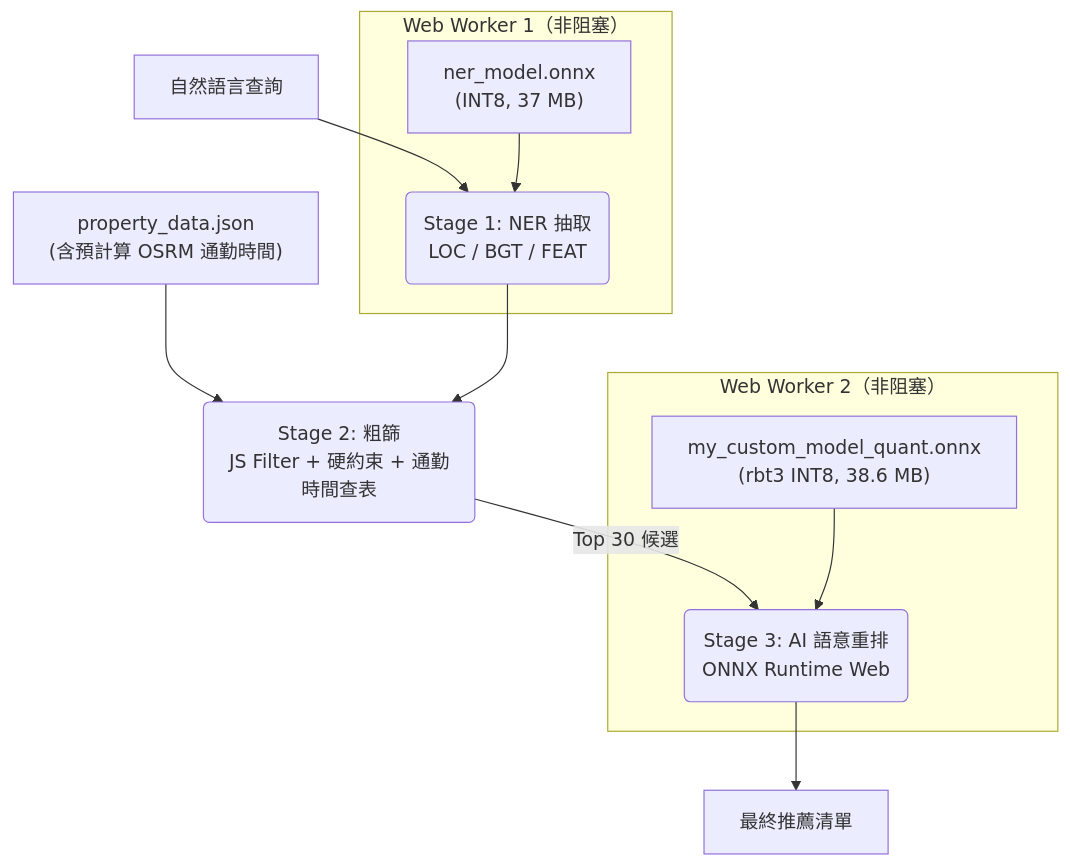
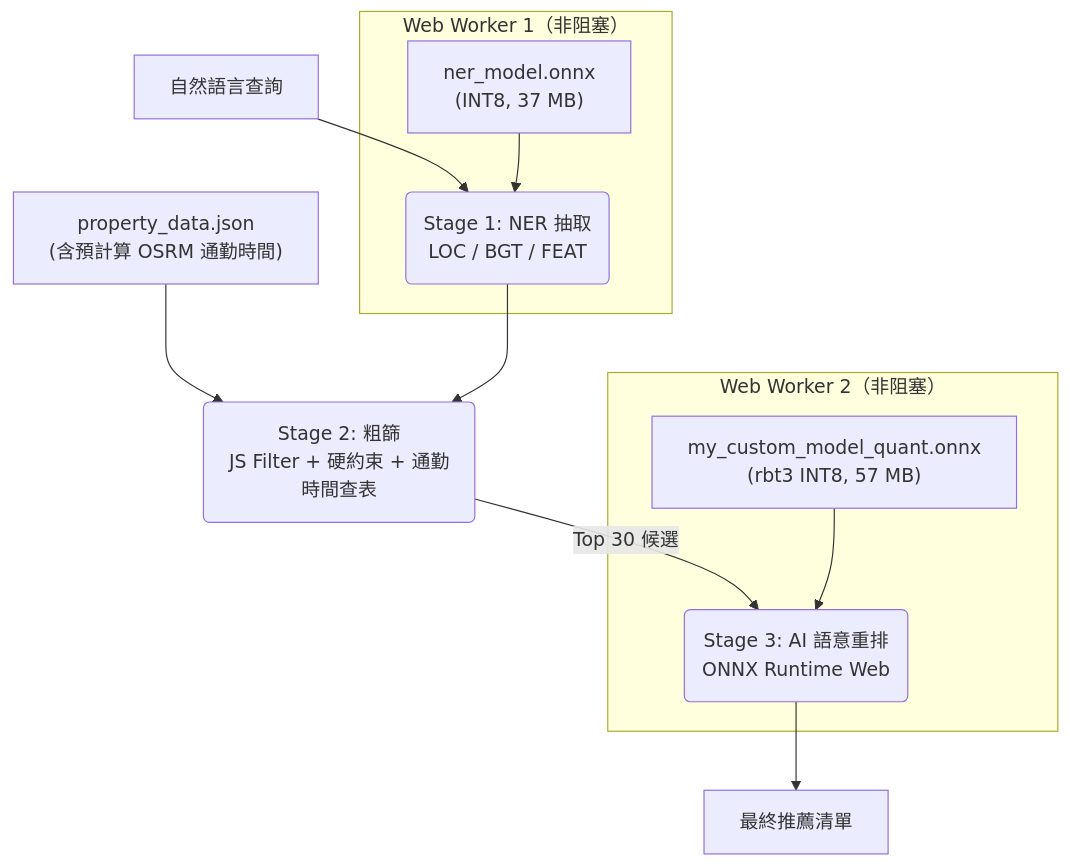
One commit to eric20041027/nchu-edge-rental-ai changed the second of 2 diagrams in README.md. Above: the diagram before and after it, drawn with Mermaid. The commit also changed other lines of this file and 1 other file, not shown here.

````diff
--- a/README.md
+++ b/README.md
@@ -97,18 +100,18 @@
 ```mermaid
 graph TD
     PD["property_data.json\n(含預計算 OSRM 通勤時間)"] --> C
     Q["自然語言查詢"] --> W1
 
     subgraph WK1["Web Worker 1（非阻塞）"]
         NM["ner_model.onnx\n(INT8, 37 MB)"] --> W1("Stage 1: NER 抽取\nLOC / BGT / FEAT")
     end
 
     W1 --> C("Stage 2: 粗篩\nJS Filter + 硬約束 + 通勤時間查表")
     C -- "Top 30 候選" --> W2
 
     subgraph WK2["Web Worker 2（非阻塞）"]
-        CE["my_custom_model_quant.onnx\n(rbt3 INT8, 38.6 MB)"] --> W2("Stage 3: AI 語意重排\nONNX Runtime Web")
+        CE["my_custom_model_quant.onnx\n(rbt3 INT8, 57 MB)"] --> W2("Stage 3: AI 語意重排\nONNX Runtime Web")
     end
 
     W2 --> F["最終推薦清單"]
 ```
````
